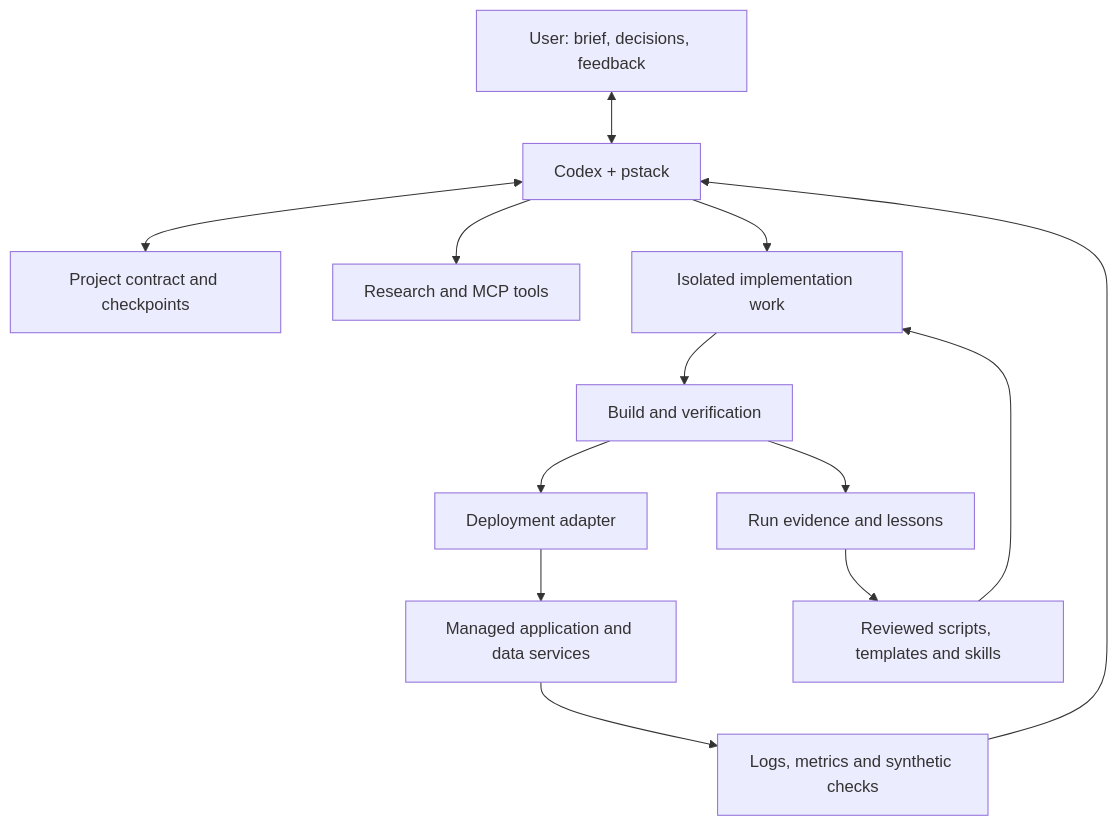
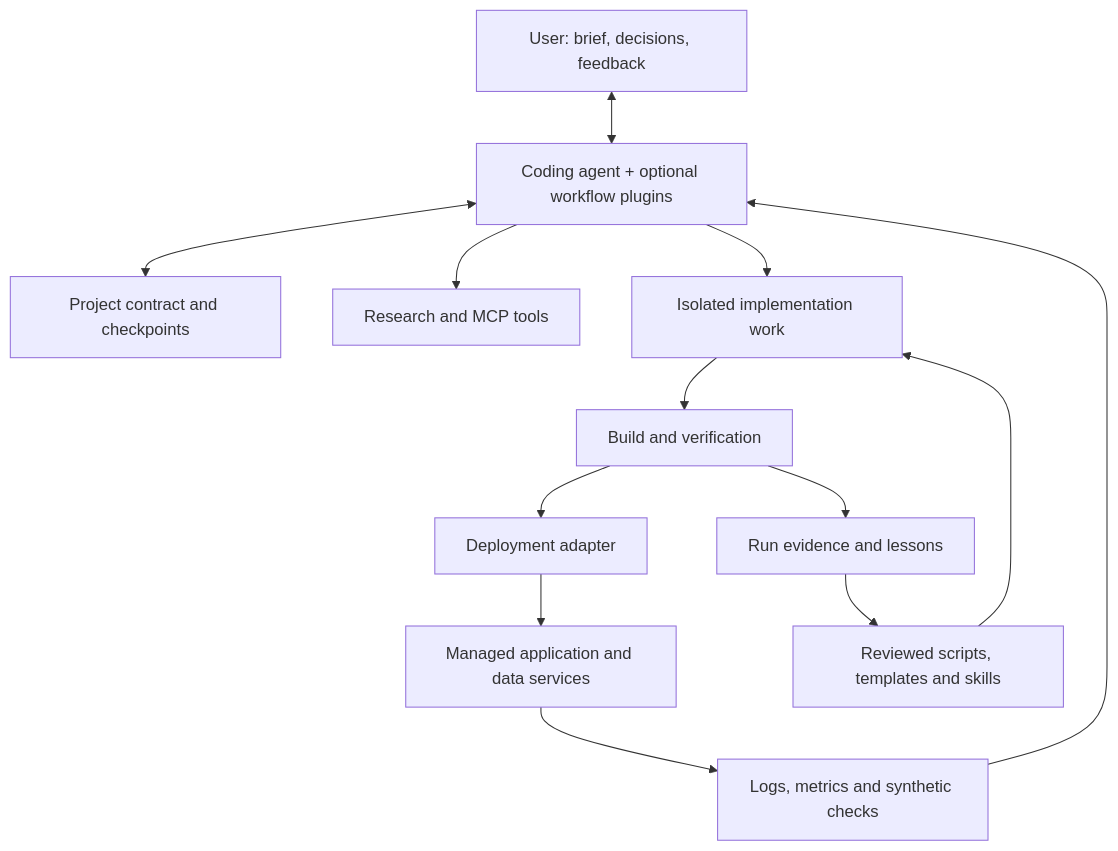
Before and after one commit to Russellleung/system-design: the diagram in autonomous-code-factory/docs/architecture.md, drawn with Mermaid. The commit also changed other lines of this file and 7 other files, not shown here.

````diff
--- a/autonomous-code-factory/docs/architecture.md
+++ b/autonomous-code-factory/docs/architecture.md
@@ -11,15 +11,15 @@
 ```mermaid
 flowchart TD
-    U[User: brief, decisions, feedback] <--> C[Codex + pstack]
+    U[User: brief, decisions, feedback] <--> C[Coding agent + optional workflow plugins]
     C <--> S[Project contract and checkpoints]
     C --> R[Research and MCP tools]
     C --> W[Isolated implementation work]
     W --> V[Build and verification]
     V --> D[Deployment adapter]
     D --> P[Managed application and data services]
     P --> O[Logs, metrics and synthetic checks]
     O --> C
     V --> L[Run evidence and lessons]
     L --> K[Reviewed scripts, templates and skills]
     K --> W
 ```
````
